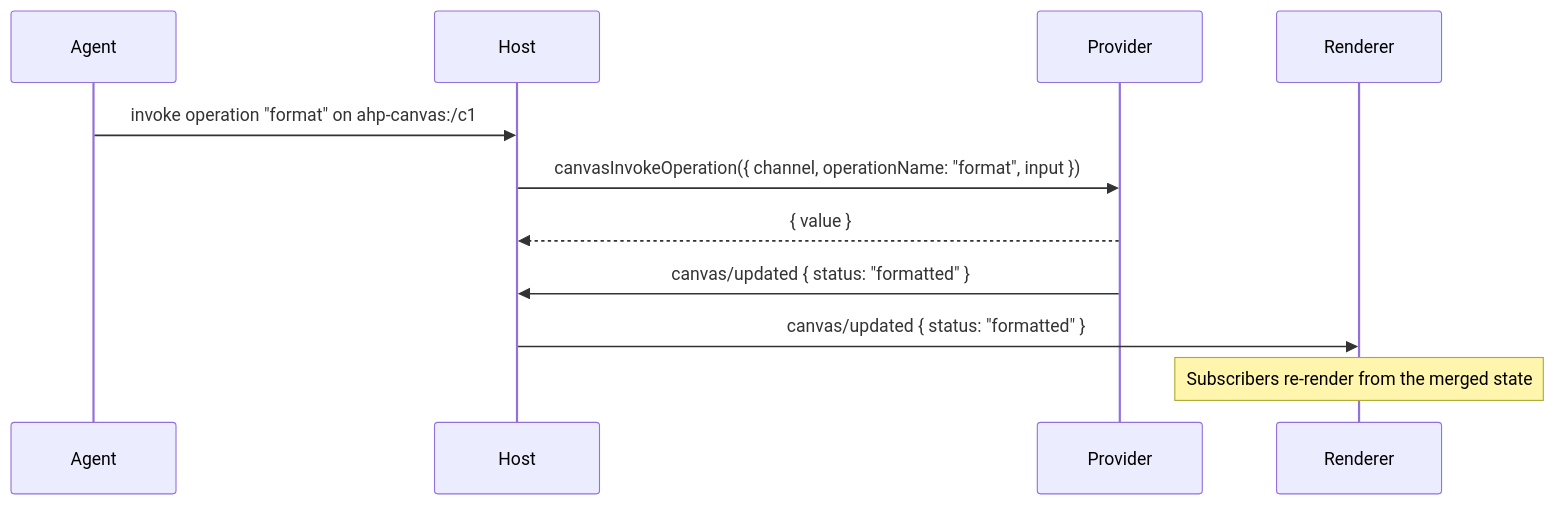
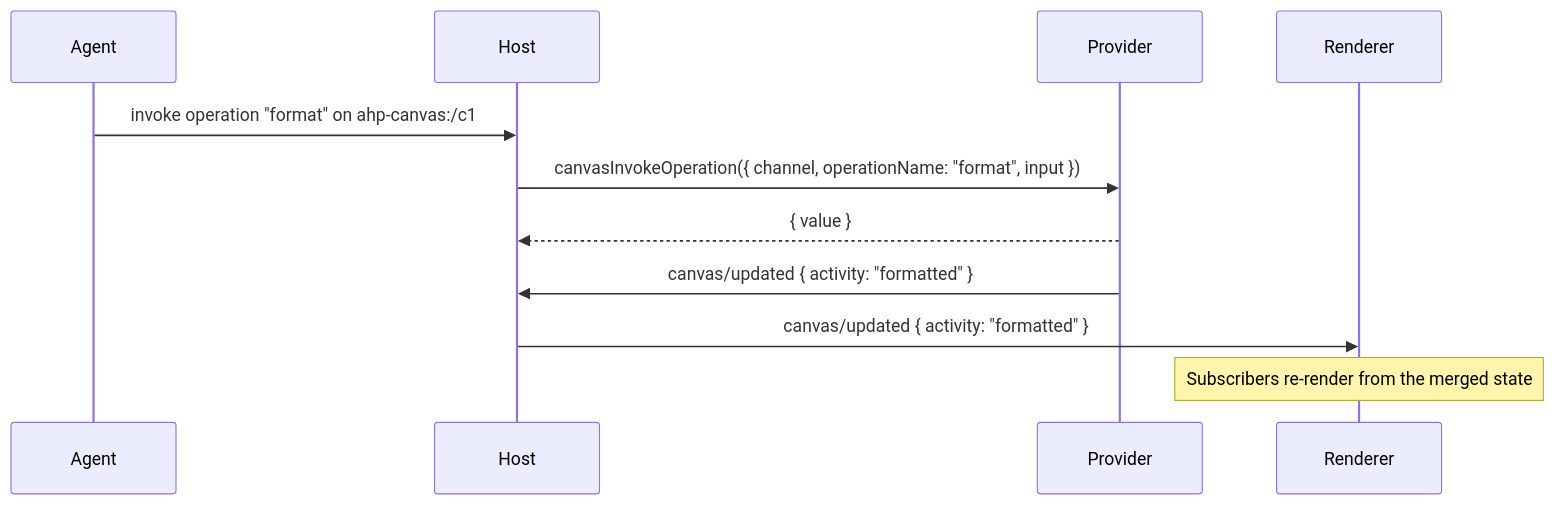
Before and after one commit to microsoft/agent-host-protocol: the second of 3 diagrams in docs/guide/canvases.md, drawn with Mermaid. The commit also changed other lines of this file and 25 other files, not shown here.

First line of the commit message:
Rename canvas activity field from status to activity

````diff
--- a/docs/guide/canvases.md
+++ b/docs/guide/canvases.md
@@ -169,14 +169,14 @@
 ```mermaid
 sequenceDiagram
   participant A as Agent
   participant H as Host
   participant P as Provider
   participant R as Renderer
 
   A->>H: invoke operation "format" on ahp-canvas:/c1
   H->>P: canvasInvokeOperation({ channel, operationName: "format", input })
   P-->>H: { value }
-  P->>H: canvas/updated { status: "formatted" }
-  H->>R: canvas/updated { status: "formatted" }
+  P->>H: canvas/updated { activity: "formatted" }
+  H->>R: canvas/updated { activity: "formatted" }
   Note over R: Subscribers re-render from the merged state
 ```
````
